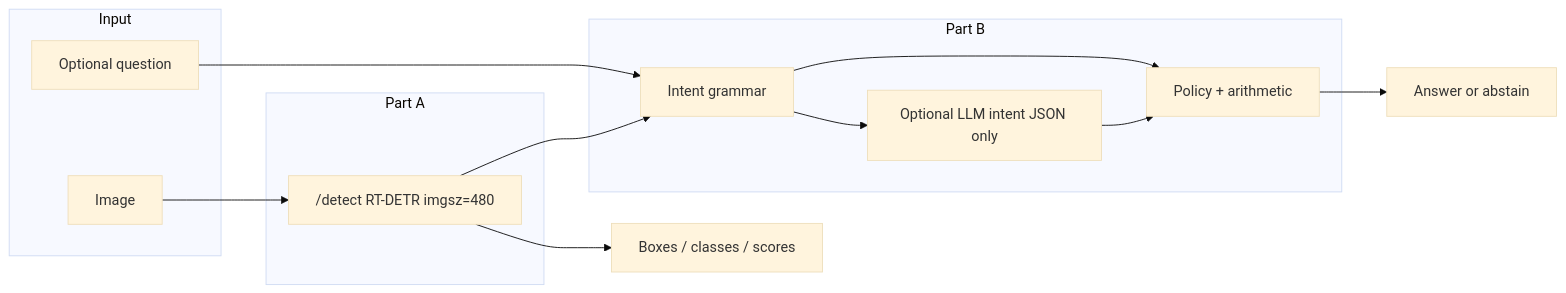
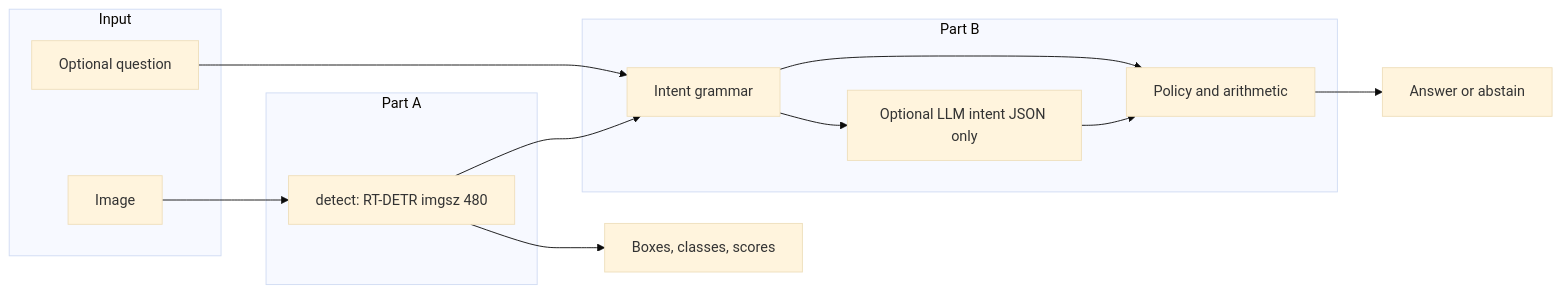
One commit to riyaz-ahamed-07/RunwayGuard changed the first of 2 diagrams in README.md. Above: the diagram before and after it, drawn with Mermaid (base theme). The commit also changed other lines of this file and 4 other files, not shown here.

Commit message:
docs(readme): fix Mermaid and drop empty demo sample.

````diff
--- a/README.md
+++ b/README.md
@@ -32,23 +32,23 @@
 ```mermaid
 flowchart LR
-  subgraph ingest [Input]
+  subgraph Input
     IMG[Image]
     Q[Optional question]
   end
-  subgraph partA [Part A]
-    DET["/detect RT-DETR imgsz=480"]
+  subgraph PartA[Part A]
+    DET["detect: RT-DETR imgsz 480"]
   end
-  subgraph partB [Part B]
+  subgraph PartB[Part B]
     ROUTE[Intent grammar]
-    POL[Policy + arithmetic]
+    POL[Policy and arithmetic]
     LLM[Optional LLM intent JSON only]
   end
   IMG --> DET
   DET --> ROUTE
   Q --> ROUTE
   ROUTE --> LLM
   LLM --> POL
   ROUTE --> POL
-  DET --> OUT1[Boxes / classes / scores]
+  DET --> OUT1[Boxes, classes, scores]
   POL --> OUT2[Answer or abstain]
 ```
````
